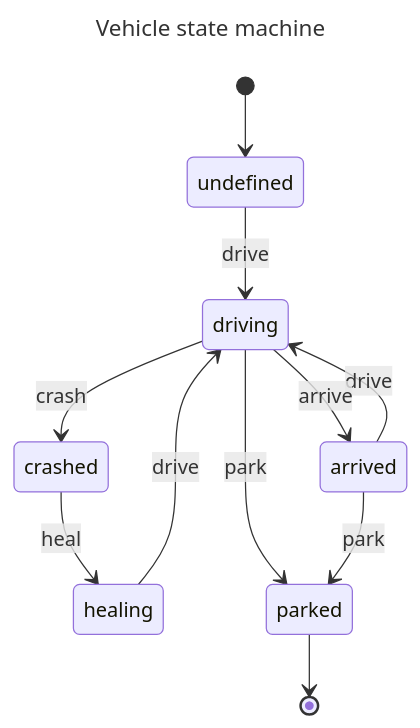
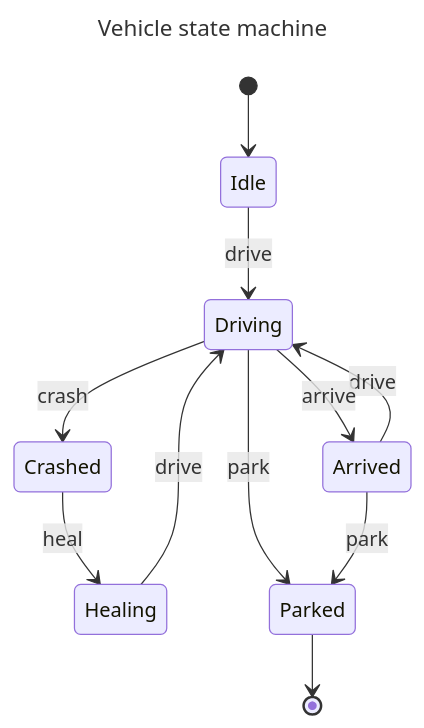
The diagram in ai/state_machine.md (floriandejonckheere/abo-autonomic-systems-carla), drawn with Mermaid before and after one commit. The commit also changed 1 other file, not shown here.

Commit message:
Rename undefined state to idle state

````diff
--- a/ai/state_machine.md
+++ b/ai/state_machine.md
@@ -8,22 +8,22 @@
 ```mermaid
 ---
 title: Vehicle state machine
 ---
 stateDiagram-v2
-    [*] --> undefined
+    [*] --> Idle
 
-    undefined --> driving: drive
-    arrived --> driving: drive
-    healing --> driving: drive
+    Idle --> Driving: drive
+    Arrived --> Driving: drive
+    Healing --> Driving: drive
 
-    driving --> arrived: arrive
+    Driving --> Arrived: arrive
 
-    driving --> crashed: crash
+    Driving --> Crashed: crash
 
-    crashed --> healing: heal
+    Crashed --> Healing: heal
 
-    driving --> parked: park
-    arrived --> parked: park
+    Driving --> Parked: park
+    Arrived --> Parked: park
 
-    parked --> [*]
+    Parked --> [*]
 ```
````
